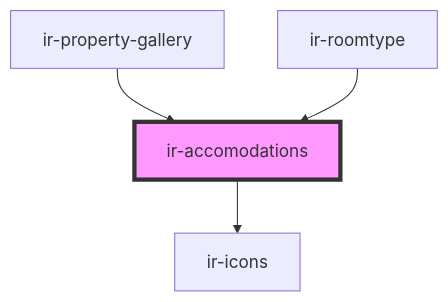
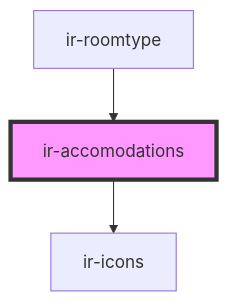
The diagram in src/components/ir-booking-engine/ir-booking-page/ir-accomodations/readme.md (RonyRizk/ir-be), drawn with Mermaid before and after one commit. The commit also changed other lines of this file and 144 other files, not shown here.

````diff
--- a/src/components/ir-booking-engine/ir-booking-page/ir-accomodations/readme.md
+++ b/src/components/ir-booking-engine/ir-booking-page/ir-accomodations/readme.md
@@ -28,7 +27,6 @@
 ```mermaid
 graph TD;
   ir-accomodations --> ir-icons
-  ir-property-gallery --> ir-accomodations
   ir-roomtype --> ir-accomodations
   style ir-accomodations fill:#f9f,stroke:#333,stroke-width:4px
 ```
````
